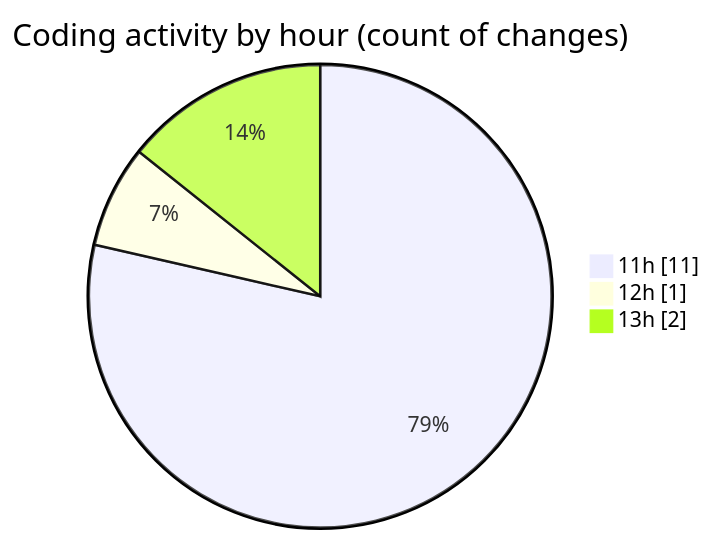
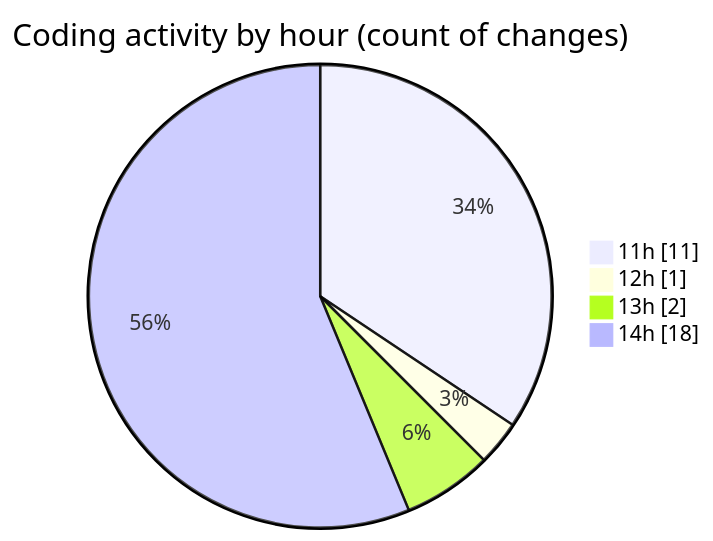
Before and after one commit to momahboobian/code-tracking: the second of 2 diagrams in 2026-08-24/cda/README.md, drawn with Mermaid. The commit also changed other lines of this file and 1 other file, not shown here.

````diff
--- a/2026-08-24/cda/README.md
+++ b/2026-08-24/cda/README.md
@@ -40,7 +41,8 @@
 ```mermaid
 pie showData
 title Coding activity by hour (count of changes)
 "11h" : 11
 "12h" : 1
 "13h" : 2
+"14h" : 18
 ```
````
